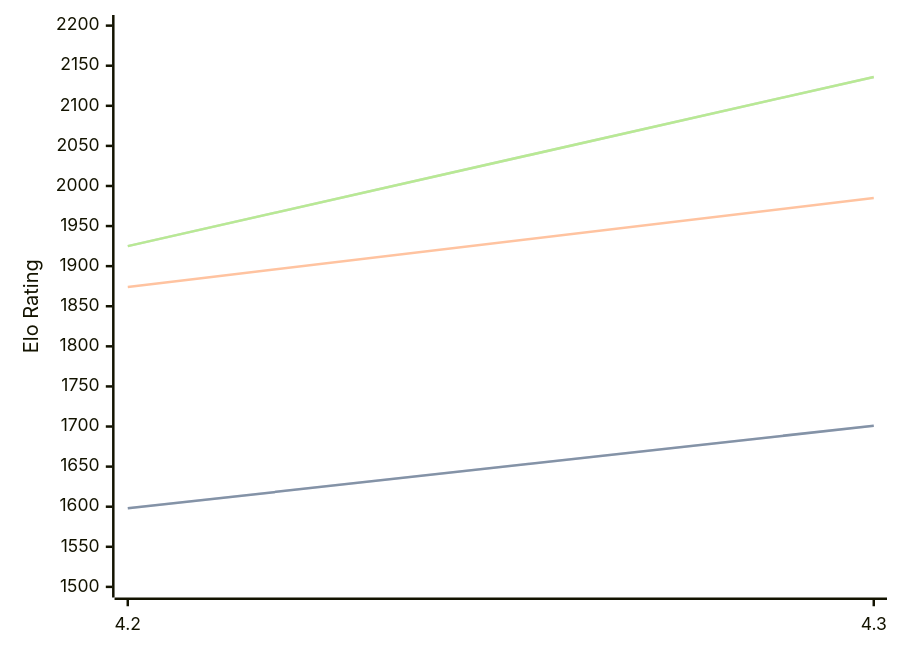
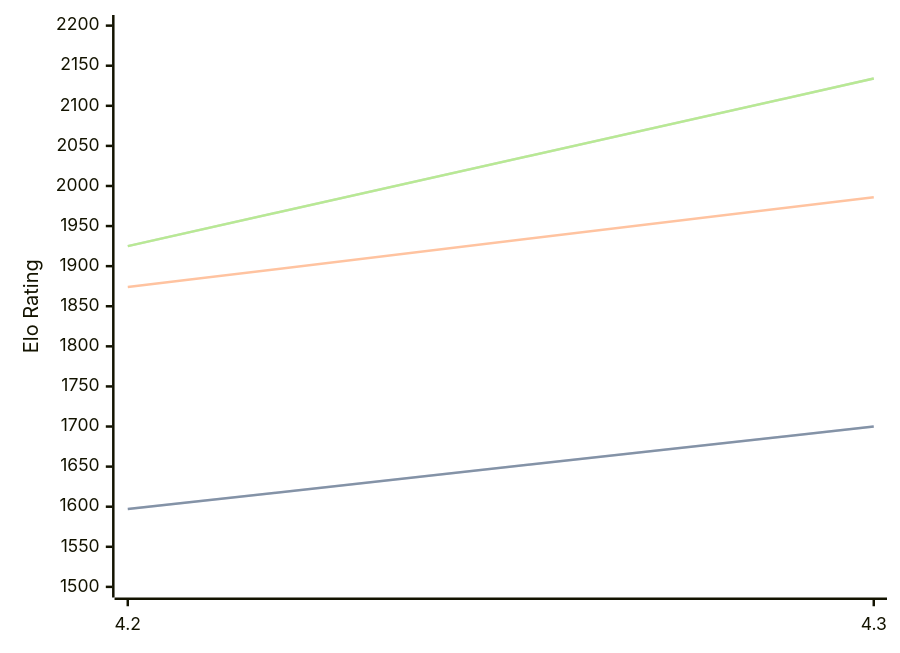
Before and after one commit to computer-chess-index/cci: the diagram in engines/Radiance.md, drawn with Mermaid. The commit also changed other lines of this file, not shown here.

Commit message:
Update CCI Ratings (ELO VLTC) - 2026-04-21

````diff
--- a/engines/Radiance.md
+++ b/engines/Radiance.md
@@ -35,11 +35,11 @@
 ```mermaid
 %%{init: {"theme":"base","themeVariables":{"seriesColors:['#a3a3a3','#222221','#faa371']}}}%%
 xychart-beta
   x-axis ["4.2", "4.3"]
   y-axis "Elo Rating" 1500 --> 2200
-  line "STC (8.0+0.08s)" [1598, 1701]
-  line "STC (8.0+0.08s)" [1598, 1701]
-  line "LTC (60.0+0.60s)" [1874, 1985]
-  line "VLTC (2m24s+1.12s)" [1925, 2136]
-  line "VLTC (2m24s+1.12s)" [1925, 2136]
+  line "STC (8.0+0.08s)" [1597, 1700]
+  line "STC (8.0+0.08s)" [1597, 1700]
+  line "LTC (60.0+0.60s)" [1874, 1986]
+  line "VLTC (2m24s+1.12s)" [1925, 2134]
+  line "VLTC (2m24s+1.12s)" [1925, 2134]
 ```
````
